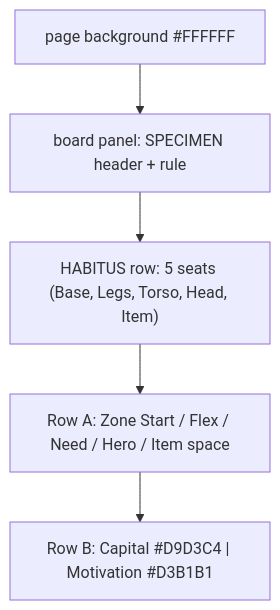
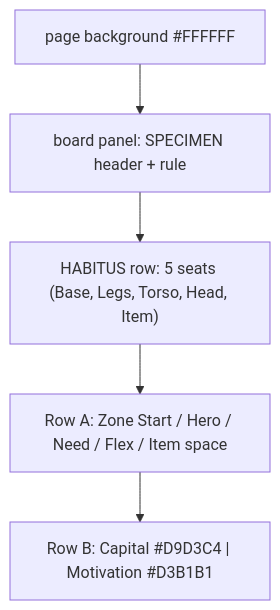
One commit to Hegerstrand/seven-weeks changed the first of 11 diagrams in components/specs/boards.md. Above: the diagram before and after it, drawn with Mermaid. The commit also changed other lines of this file and 27 other files, not shown here.

````diff
--- a/components/specs/boards.md
+++ b/components/specs/boards.md
@@ -87,7 +100,7 @@
 ```mermaid
 graph TD
   A["page background #FFFFFF"] --> B["board panel: SPECIMEN header + rule"]
   B --> C["HABITUS row: 5 seats (Base, Legs, Torso, Head, Item)"]
-  C --> D["Row A: Zone Start / Flex / Need / Hero / Item space"]
+  C --> D["Row A: Zone Start / Hero / Need / Flex / Item space"]
   D --> E["Row B: Capital #D9D3C4 | Motivation #D3B1B1"]
 ```
````
